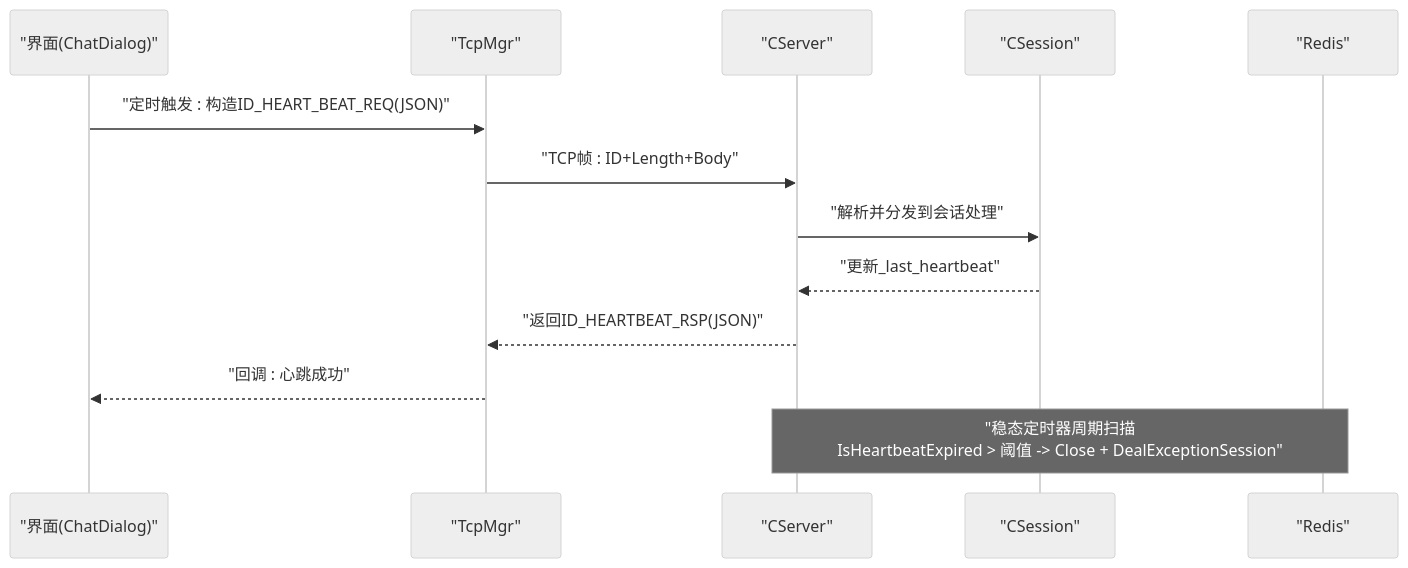
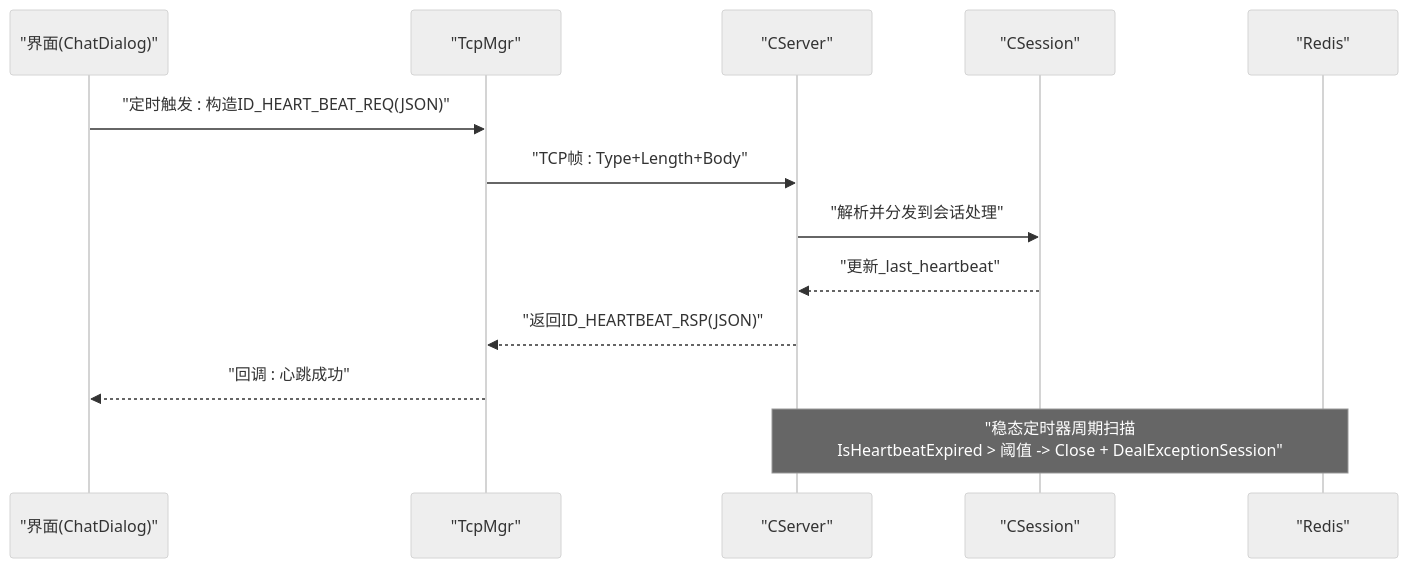
Before and after one commit to echo9923/mychatter: the second of 8 diagrams in .qoder/repowiki/zh/content/网络通信/TCP通信协议/心跳机制.md, drawn with Mermaid (neutral theme). The commit also changed other lines of this file and 128 other files, not shown here.

````diff
--- a/.qoder/repowiki/zh/content/网络通信/TCP通信协议/心跳机制.md
+++ b/.qoder/repowiki/zh/content/网络通信/TCP通信协议/心跳机制.md
@@ -86,15 +86,15 @@
 ```mermaid
 sequenceDiagram
 participant UI as "界面(ChatDialog)"
 participant T as "TcpMgr"
 participant S as "CServer"
 participant SS as "CSession"
 participant R as "Redis"
 UI->>T : "定时触发 : 构造ID_HEART_BEAT_REQ(JSON)"
-T->>S : "TCP帧 : ID+Length+Body"
+T->>S : "TCP帧 : Type+Length+Body"
 S->>SS : "解析并分发到会话处理"
 SS-->>S : "更新_last_heartbeat"
 S-->>T : "返回ID_HEARTBEAT_RSP(JSON)"
 T-->>UI : "回调 : 心跳成功"
 Note over S,R : "稳态定时器周期扫描<br/>IsHeartbeatExpired > 阈值 -> Close + DealExceptionSession"
 ```
````
